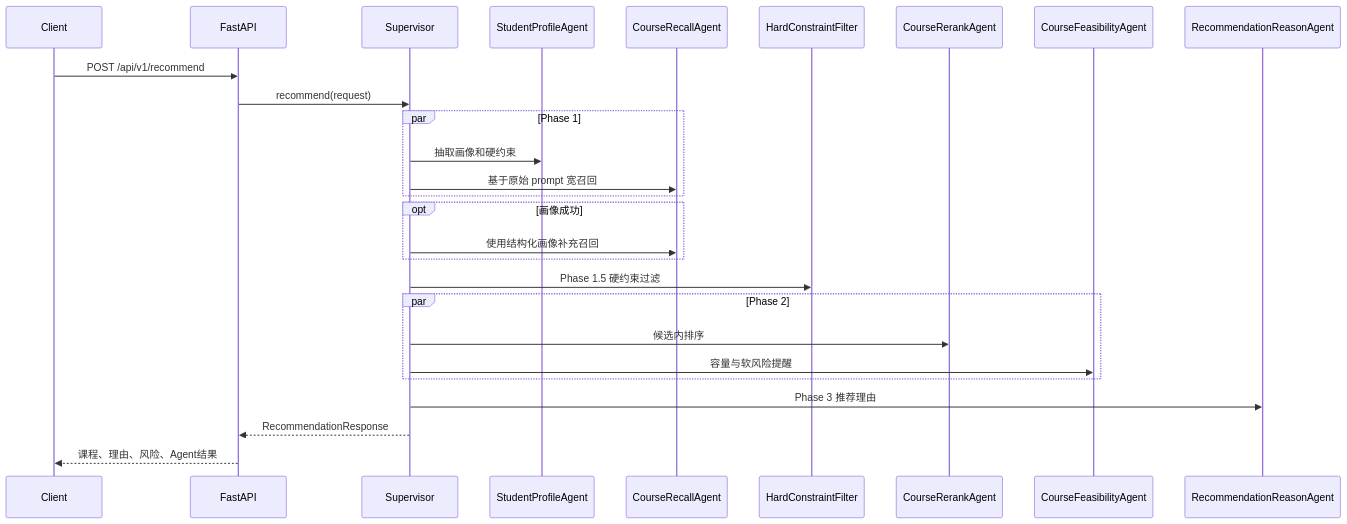
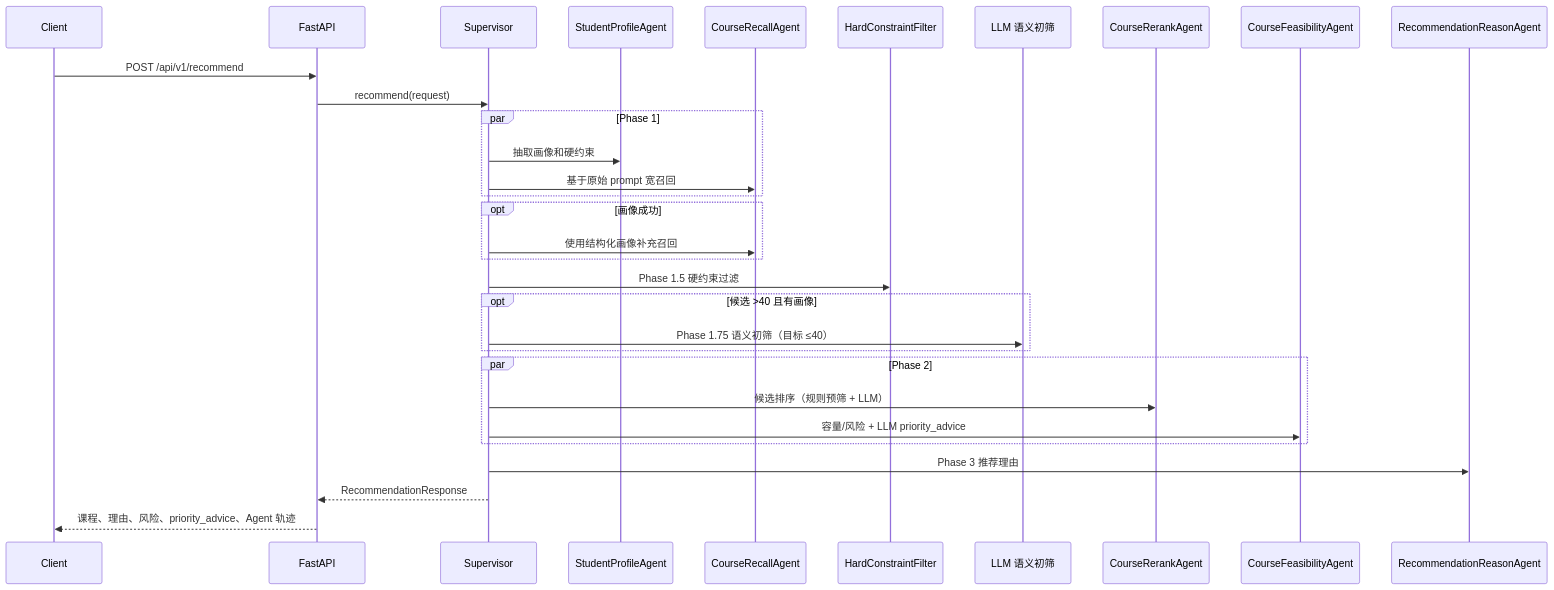
Before and after one commit to UNCEIR/multi-agent-course-system: the second of 2 diagrams in docs/architecture.md, drawn with Mermaid. The commit also changed other lines of this file and 15 other files, not shown here.

````diff
--- a/docs/architecture.md
+++ b/docs/architecture.md
@@ -75,30 +94,34 @@
 ```mermaid
 sequenceDiagram
     participant Client as Client
     participant API as FastAPI
     participant Supervisor as Supervisor
     participant Profile as StudentProfileAgent
     participant Recall as CourseRecallAgent
     participant Hard as HardConstraintFilter
+    participant LLMFilter as LLM 语义初筛
     participant Rerank as CourseRerankAgent
     participant Feasibility as CourseFeasibilityAgent
     participant Reason as RecommendationReasonAgent
 
     Client->>API: POST /api/v1/recommend
     API->>Supervisor: recommend(request)
     par Phase 1
         Supervisor->>Profile: 抽取画像和硬约束
         Supervisor->>Recall: 基于原始 prompt 宽召回
     end
     opt 画像成功
         Supervisor->>Recall: 使用结构化画像补充召回
     end
     Supervisor->>Hard: Phase 1.5 硬约束过滤
+    opt 候选 >40 且有画像
+        Supervisor->>LLMFilter: Phase 1.75 语义初筛（目标 ≤40）
+    end
     par Phase 2
-        Supervisor->>Rerank: 候选内排序
-        Supervisor->>Feasibility: 容量与软风险提醒
+        Supervisor->>Rerank: 候选排序（规则预筛 + LLM）
+        Supervisor->>Feasibility: 容量/风险 + LLM priority_advice
     end
     Supervisor->>Reason: Phase 3 推荐理由
     Supervisor-->>API: RecommendationResponse
-    API-->>Client: 课程、理由、风险、Agent结果
+    API-->>Client: 课程、理由、风险、priority_advice、Agent 轨迹
 ```
````
